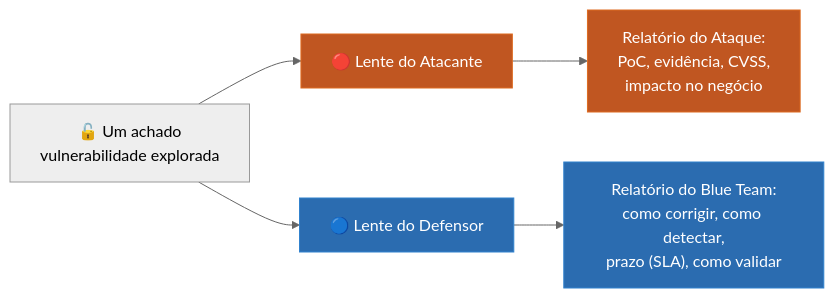
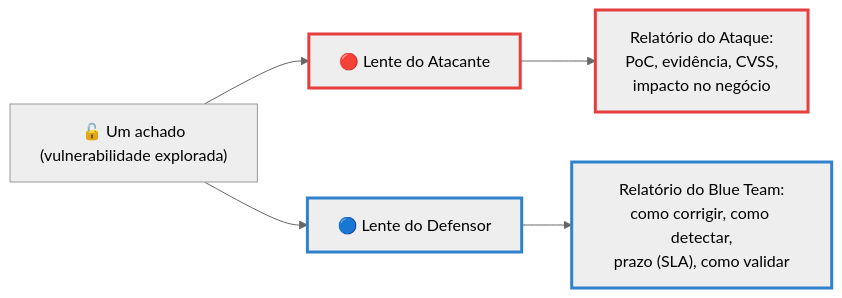
One commit to wesleyfolly/aulas changed the first of 3 diagrams in content/Tópicos/Segurança da informação/Teste de Intrusão Express.md. Above: the diagram before and after it, drawn with Mermaid (neutral theme). The commit also changed other lines of this file, not shown here.

Commit message:
Diagramas: cor semântica via borda (legível em claro+escuro) + <br/> no lugar de \n

````diff
--- a/content/Tópicos/Segurança da informação/Teste de Intrusão Express.md
+++ b/content/Tópicos/Segurança da informação/Teste de Intrusão Express.md
@@ -36,13 +36,13 @@
 ```mermaid
 flowchart LR
-    A[🔓 Um achado\nvulnerabilidade explorada] --> B[🔴 Lente do Atacante]
-    A --> C[🔵 Lente do Defensor]
-    B --> D["Relatório do Ataque:\nPoC, evidência, CVSS,\nimpacto no negócio"]
-    C --> E["Relatório do Blue Team:\ncomo corrigir, como detectar,\nprazo (SLA), como validar"]
-    classDef red fill:#c05621,stroke:#dd6b20,color:#fff
-    classDef blue fill:#2b6cb0,stroke:#3182ce,color:#fff
+    A["🔓 Um achado<br/>(vulnerabilidade explorada)"] --> B["🔴 Lente do Atacante"]
+    A --> C["🔵 Lente do Defensor"]
+    B --> D["Relatório do Ataque:<br/>PoC, evidência, CVSS,<br/>impacto no negócio"]
+    C --> E["Relatório do Blue Team:<br/>como corrigir, como detectar,<br/>prazo (SLA), como validar"]
+    classDef red stroke:#e53e3e,stroke-width:3px
+    classDef blue stroke:#3182ce,stroke-width:3px
     B:::red
     D:::red
     C:::blue
     E:::blue
 ```
````
